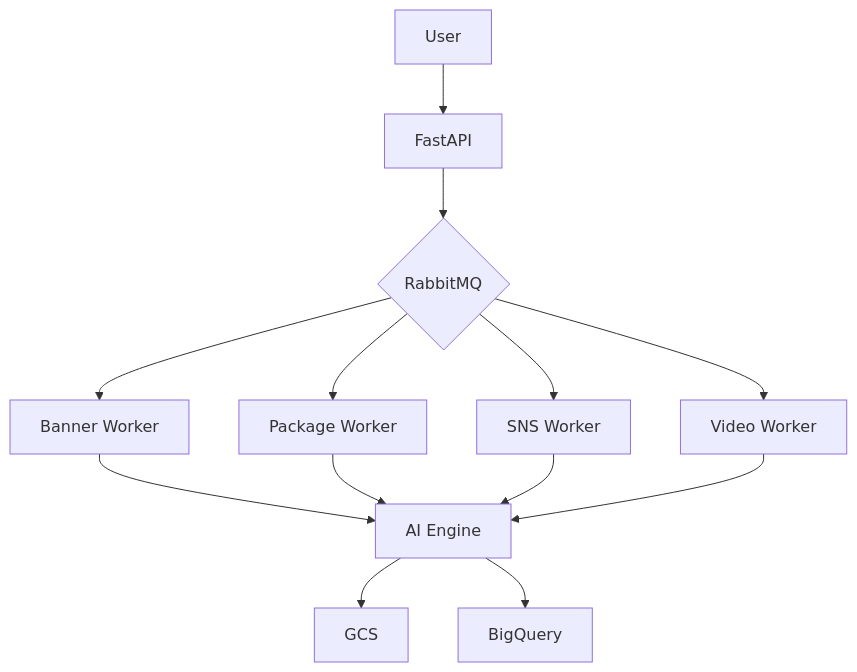
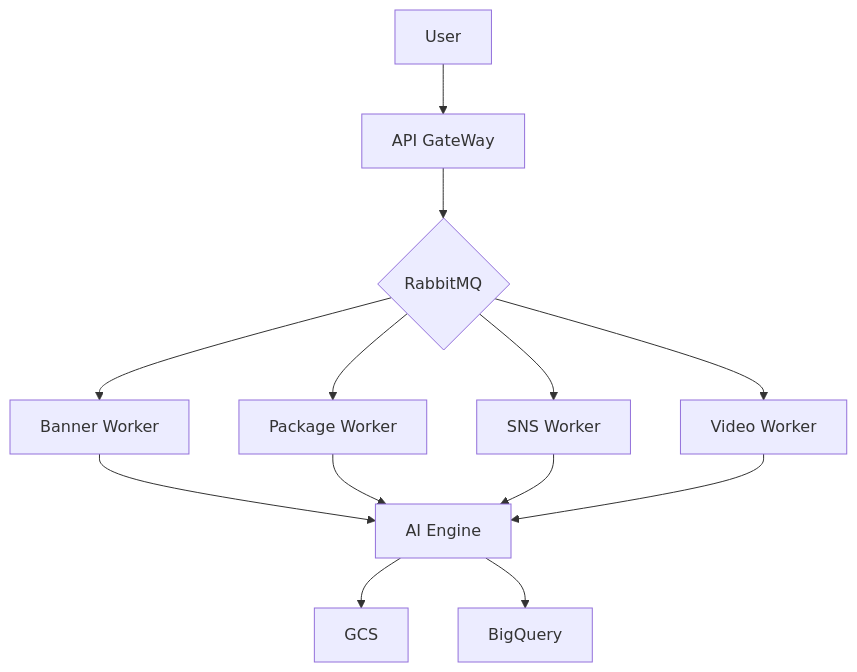
One commit to syntaxdog/chillgram-ai changed the first of 2 diagrams in README.md. Above: the diagram before and after it, drawn with Mermaid. The commit also changed other lines of this file, not shown here.

Commit message:
Update architecture diagram and API Gateway section

````diff
--- a/README.md
+++ b/README.md
@@ -48,12 +48,12 @@
 ```mermaid
 graph TD
-    A[User] --> B[FastAPI]
+    A[User] --> B[API GateWay]
     B --> C{RabbitMQ}
     C --> D1[Banner Worker]
     C --> D2[Package Worker]
     C --> D3[SNS Worker]
     C --> D4[Video Worker]
     D1 & D2 & D3 & D4 --> E[AI Engine]
     E --> F[GCS]
     E --> G[BigQuery]
 ```
````
